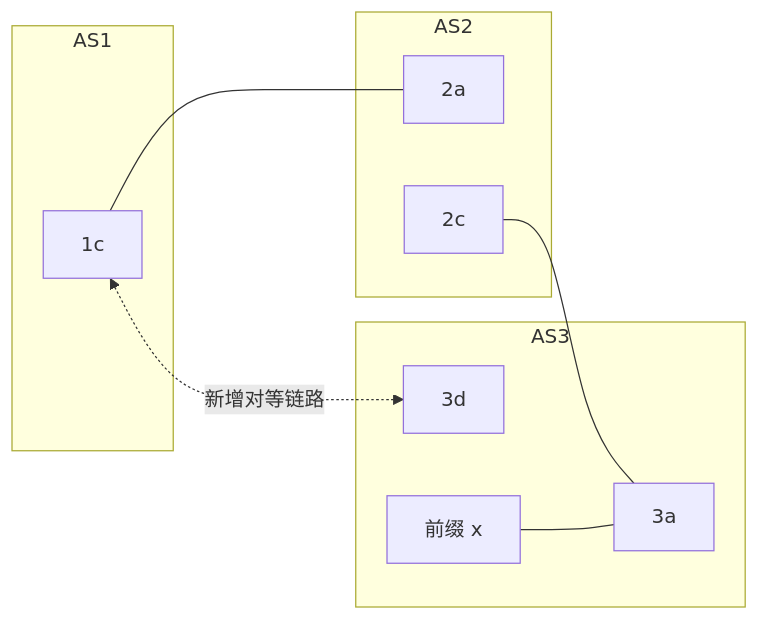
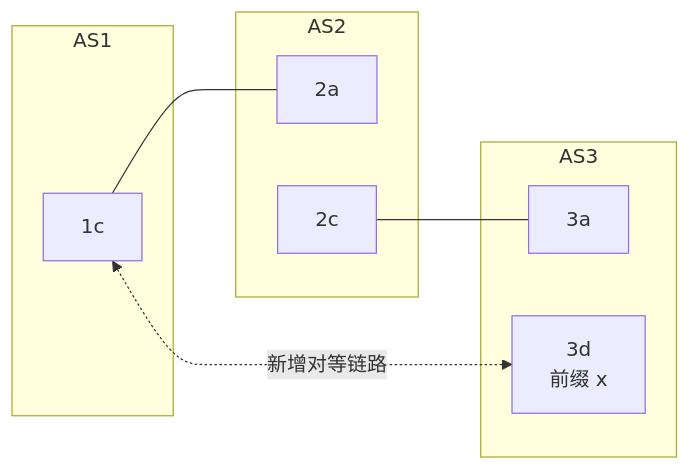
Before and after one commit to Meer-Matze/Meer-Matze.github.io: the sixth of 11 diagrams in src/content/posts/网络层：控制平面.md, drawn with Mermaid. The commit also changed other lines of this file, not shown here.

````diff
--- a/src/content/posts/网络层：控制平面.md
+++ b/src/content/posts/网络层：控制平面.md
@@ -493,19 +432,17 @@
 ```mermaid
 flowchart LR
     subgraph AS1["AS1"]
         r1c["1c"]
     end
     subgraph AS2["AS2"]
         r2a["2a"]
         r2c["2c"]
     end
     subgraph AS3["AS3"]
         r3a["3a"]
-        r3d["3d"]
-        PrefixX["前缀 x"]
+        r3d["3d<br>前缀 x"]
     end
     r1c --- r2a
     r2c --- r3a
     r1c <-. 新增对等链路 .-> r3d
-    PrefixX --- r3a
 ```
````
